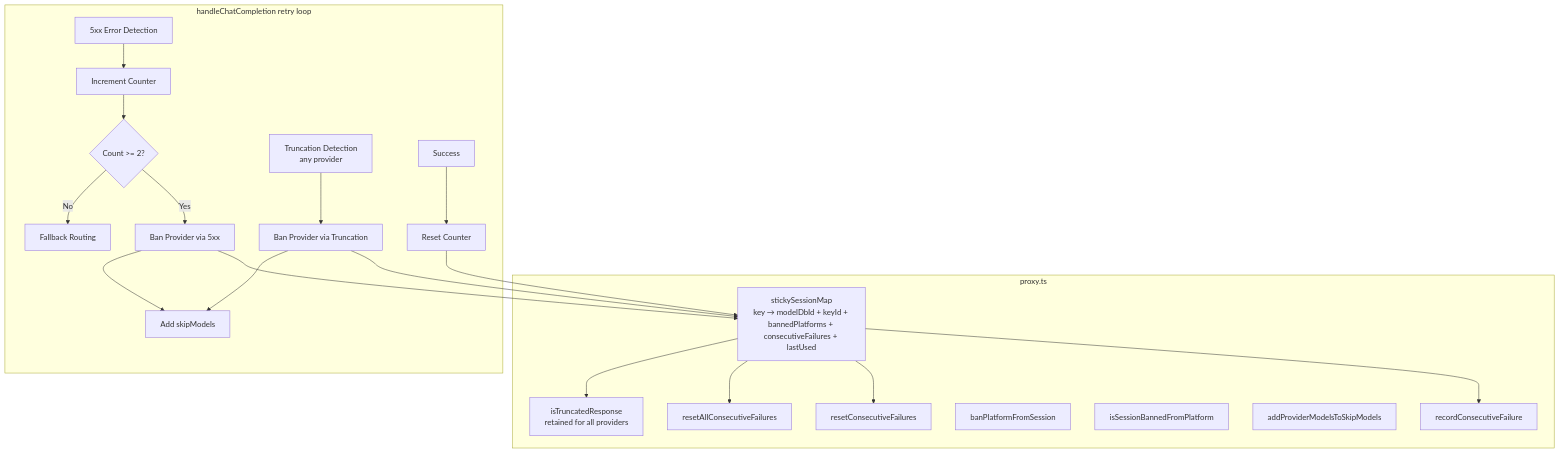
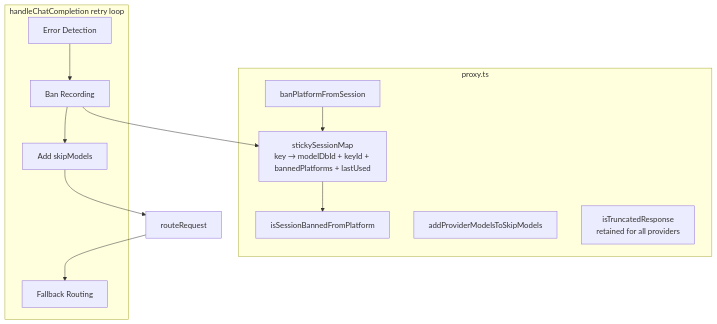
The first of 3 diagrams in .roo/specs/provider-5xx-session-ban/design.md (airi-os/api-llm-localhost), drawn with Mermaid before and after one commit. The commit also changed other lines of this file and 10 other files, not shown here.

````diff
--- a/.roo/specs/provider-5xx-session-ban/design.md
+++ b/.roo/specs/provider-5xx-session-ban/design.md
@@ -11,42 +13,25 @@
 ```mermaid
 graph TD
     subgraph Proxy [proxy.ts]
-        SSM[stickySessionMap<br/>key → modelDbId + keyId + bannedPlatforms + consecutiveFailures + lastUsed]
-        GSF[recordConsecutiveFailure]
-        RSF[resetConsecutiveFailures]
-        RSA[resetAllConsecutiveFailures]
+        SSM[stickySessionMap<br/>key → modelDbId + keyId + bannedPlatforms + lastUsed]
         BPS[banPlatformFromSession]
         GSB[isSessionBannedFromPlatform]
         APS[addProviderModelsToSkipModels]
         ITR[isTruncatedResponse<br/>retained for all providers]
     end
 
     subgraph RetryLoop [handleChatCompletion retry loop]
-        DET[5xx Error Detection]
-        INC[Increment Counter]
-        CHK{Count >= 2?}
-        BAN5[Ban Provider via 5xx]
-        TRUNC[Truncation Detection<br/>any provider]
-        BANT[Ban Provider via Truncation]
+        DET[Error Detection]
+        BAN[Ban Recording]
         SKIP[Add skipModels]
         FALL[Fallback Routing]
-        SUC[Success]
-        RST[Reset Counter]
     end
 
-    SSM --> GSF
-    SSM --> RSF
-    SSM --> RSA
-    SSM --> ITR
-    DET --> INC
-    INC --> CHK
-    CHK -->|Yes| BAN5
-    CHK -->|No| FALL
-    BAN5 --> SSM
-    BAN5 --> SKIP
-    TRUNC --> BANT
-    BANT --> SSM
-    BANT --> SKIP
-    SUC --> RST
-    RST --> SSM
+    SSM --> GSB
+    BPS --> SSM
+    DET --> BAN
+    BAN --> SSM
+    BAN --> SKIP
+    SKIP --> RR[routeRequest]
+    RR --> FALL
 ```
````
